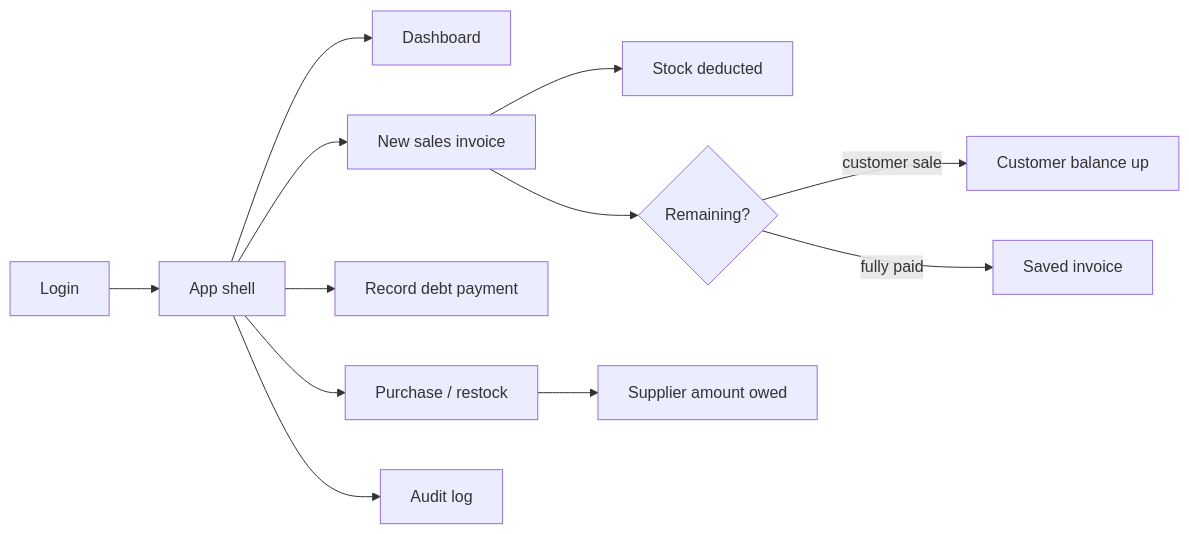
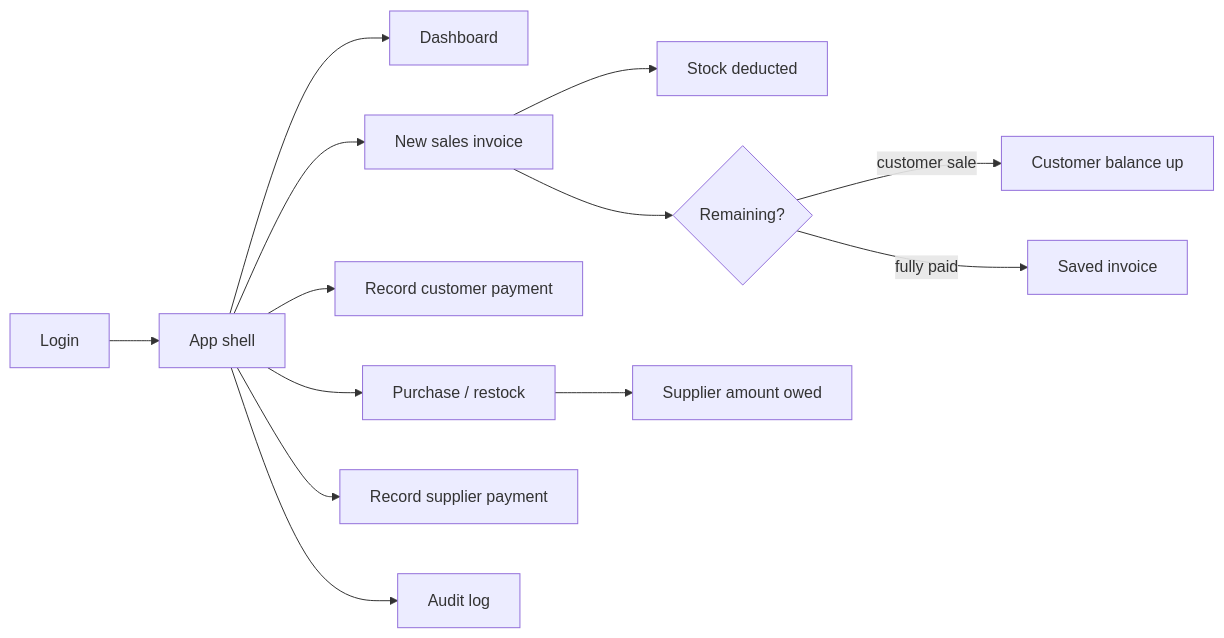
One commit to kotbb/Al-Mohamadia-Frontend changed the diagram in docs/OVERVIEW.md. Above: the diagram before and after it, drawn with Mermaid. The commit also changed other lines of this file and 56 other files, not shown here.

````diff
--- a/docs/OVERVIEW.md
+++ b/docs/OVERVIEW.md
@@ -64,14 +65,15 @@
 ```mermaid
 flowchart LR
   auth[Login] --> shell[App shell]
   shell --> dash[Dashboard]
   shell --> inv[New sales invoice]
   inv --> stock[Stock deducted]
   inv --> debt{Remaining?}
   debt -->|customer sale| bal[Customer balance up]
   debt -->|fully paid| done[Saved invoice]
-  shell --> pay[Record debt payment]
+  shell --> pay[Record customer payment]
   shell --> purch[Purchase / restock]
   purch --> supplier[Supplier amount owed]
+  shell --> spay[Record supplier payment]
   shell --> audit[Audit log]
 ```
````
